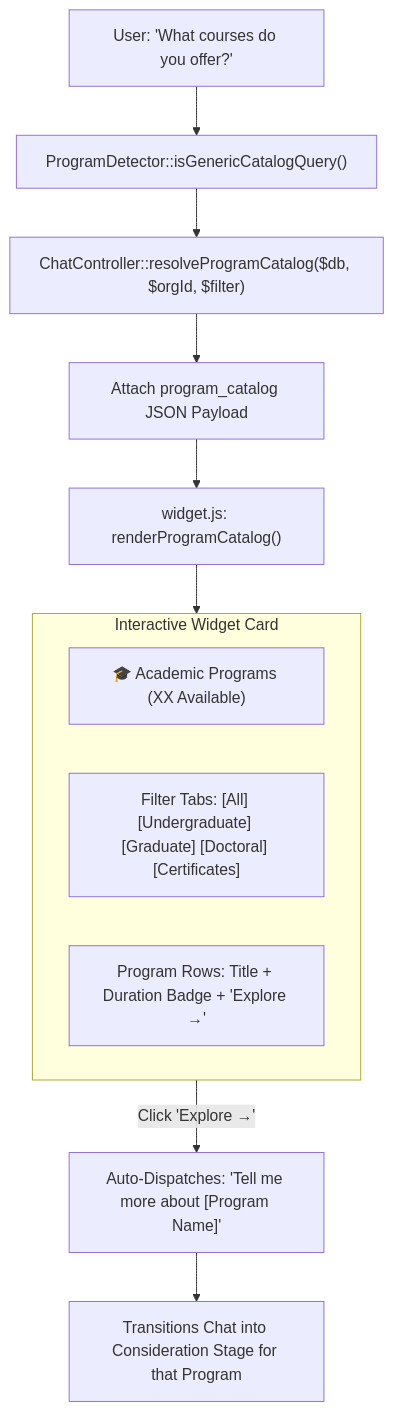
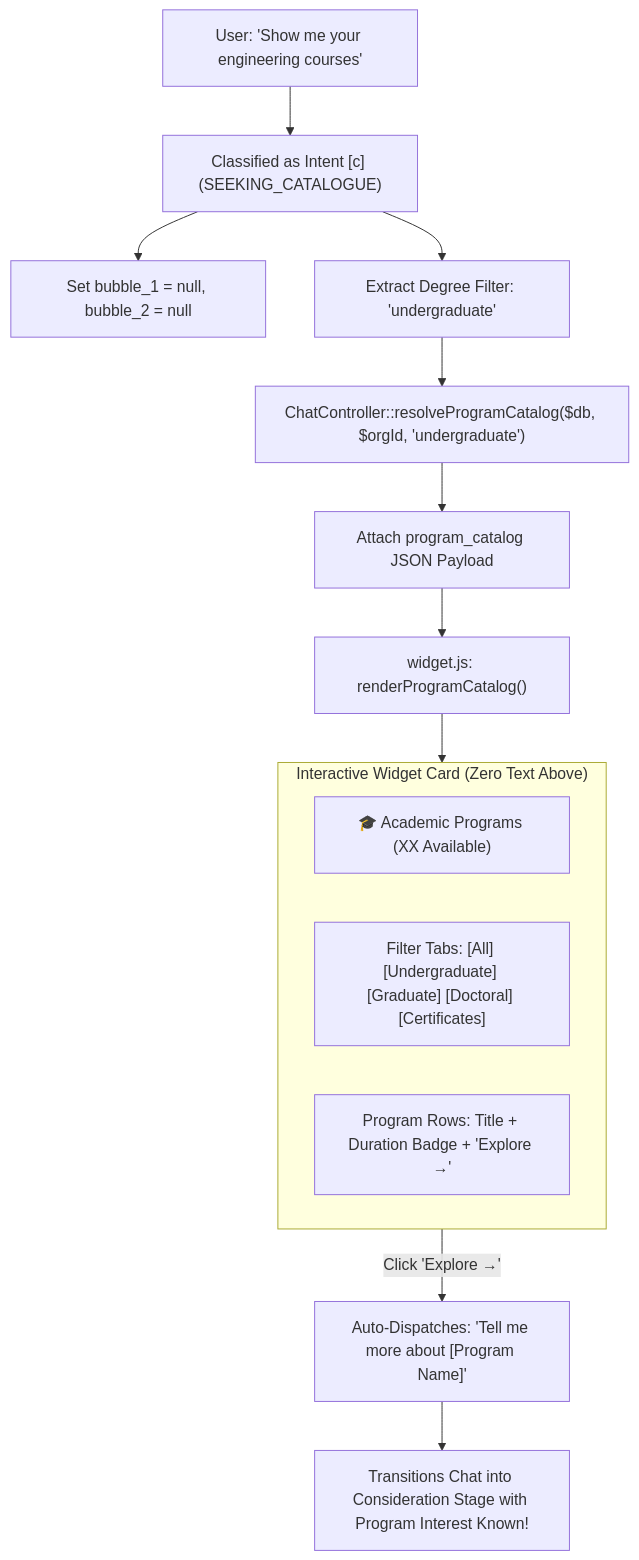
The fourth of 6 diagrams in architecture_chatbot.md (salankhalkho/edvora-chat), drawn with Mermaid before and after one commit. The commit also changed other lines of this file, not shown here.

Commit message:
docs: update architecture_chatbot.md with 9-intent admissions workflow

````diff
--- a/architecture_chatbot.md
+++ b/architecture_chatbot.md
@@ -423,17 +436,19 @@
 ```mermaid
 flowchart TD
-    UserQuery["User: 'What courses do you offer?'"] --> Detector["ProgramDetector::isGenericCatalogQuery()"]
-    Detector --> CatalogResolution["ChatController::resolveProgramCatalog($db, $orgId, $filter)"]
-    CatalogResolution --> Payload["Attach program_catalog JSON Payload"]
-    Payload --> WidgetRender["widget.js: renderProgramCatalog()"]
+    UserQuery["User: 'Show me your engineering courses'"] --> IntentC["Classified as Intent [c] (SEEKING_CATALOGUE)"]
+    IntentC --> ZeroText["Set bubble_1 = null, bubble_2 = null"]
+    IntentC --> DegreeFilter["Extract Degree Filter: 'undergraduate'"]
+    DegreeFilter --> ResolveCatalog["ChatController::resolveProgramCatalog($db, $orgId, 'undergraduate')"]
+    ResolveCatalog --> Payload["Attach program_catalog JSON Payload"]
+    Payload --> Widget["widget.js: renderProgramCatalog()"]
     
-    subgraph CatalogCard["Interactive Widget Card"]
+    subgraph CatalogCard["Interactive Widget Card (Zero Text Above)"]
         Header["🎓 Academic Programs (XX Available)"]
         Tabs["Filter Tabs: [All] [Undergraduate] [Graduate] [Doctoral] [Certificates]"]
         List["Program Rows: Title + Duration Badge + 'Explore →'"]
     end
 
-    WidgetRender --> CatalogCard
-    CatalogCard -->|Click 'Explore →'| DispatchQuery["Auto-Dispatches: 'Tell me more about [Program Name]'"]
-    DispatchQuery --> ProgramInquiry["Transitions Chat into Consideration Stage for that Program"]
+    Widget --> CatalogCard
+    CatalogCard -->|Click 'Explore →'| AutoQuery["Auto-Dispatches: 'Tell me more about [Program Name]'"]
+    AutoQuery --> Consideration["Transitions Chat into Consideration Stage with Program Interest Known!"]
 ```
````
